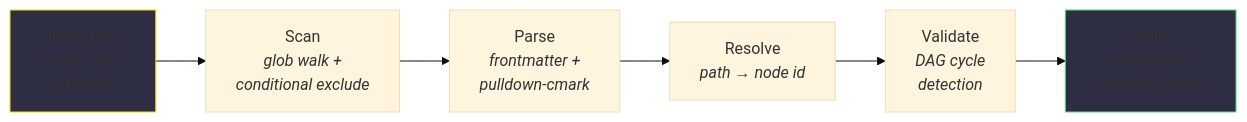
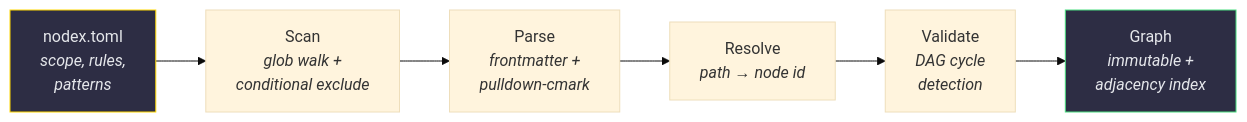
Before and after one commit to junyeong-ai/nodex: the third of 5 diagrams in README.md, drawn with Mermaid (base theme). The commit also changed other lines of this file and 1 other file, not shown here.

First line of the commit message:
fix(docs): make mermaid node labels readable on dark fills

````diff
--- a/README.md
+++ b/README.md
@@ -113,11 +113,11 @@
 ```mermaid
 flowchart LR
     A["nodex.toml<br/><i>scope, rules,<br/>patterns</i>"] --> B["Scan<br/><i>glob walk +<br/>conditional exclude</i>"]
     B --> C["Parse<br/><i>frontmatter +<br/>pulldown-cmark</i>"]
     C --> D["Resolve<br/><i>path → node id</i>"]
     D --> E["Validate<br/><i>DAG cycle<br/>detection</i>"]
     E --> F["Graph<br/><i>immutable +<br/>adjacency index</i>"]
 
-    style A fill:#2d2d44,stroke:#ffd700
-    style F fill:#2d2d44,stroke:#4ade80
+    style A fill:#2d2d44,color:#e5e7eb,stroke:#ffd700
+    style F fill:#2d2d44,color:#e5e7eb,stroke:#4ade80
 ```
````
